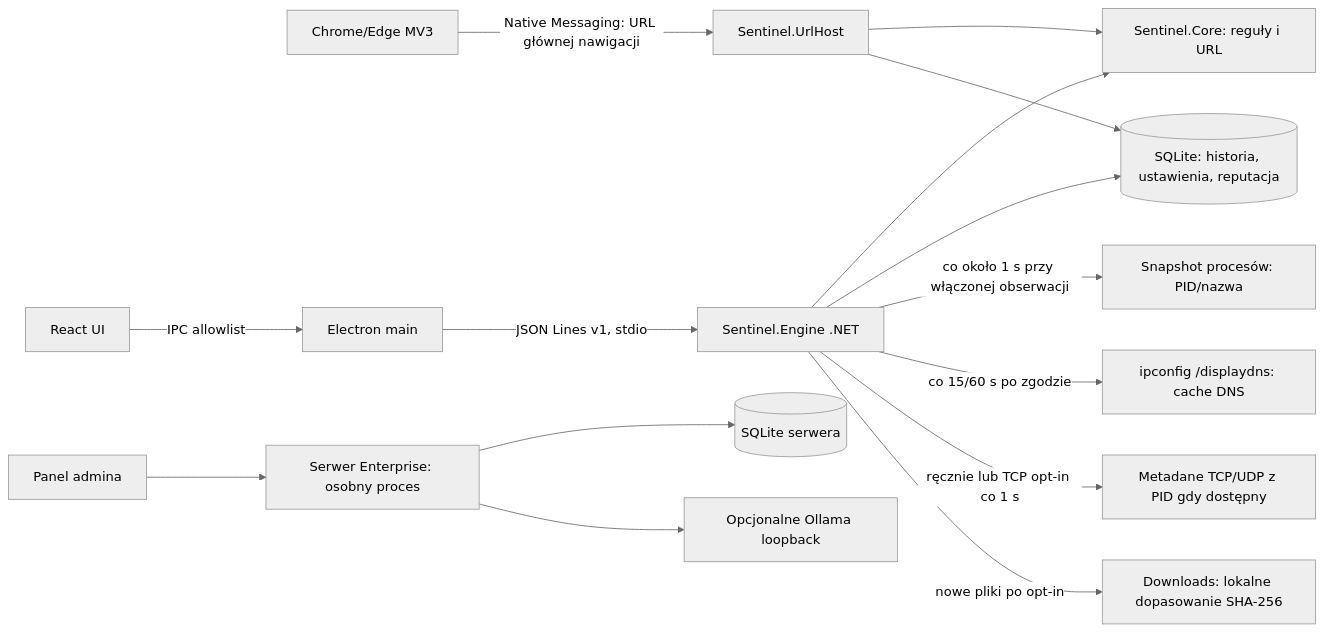
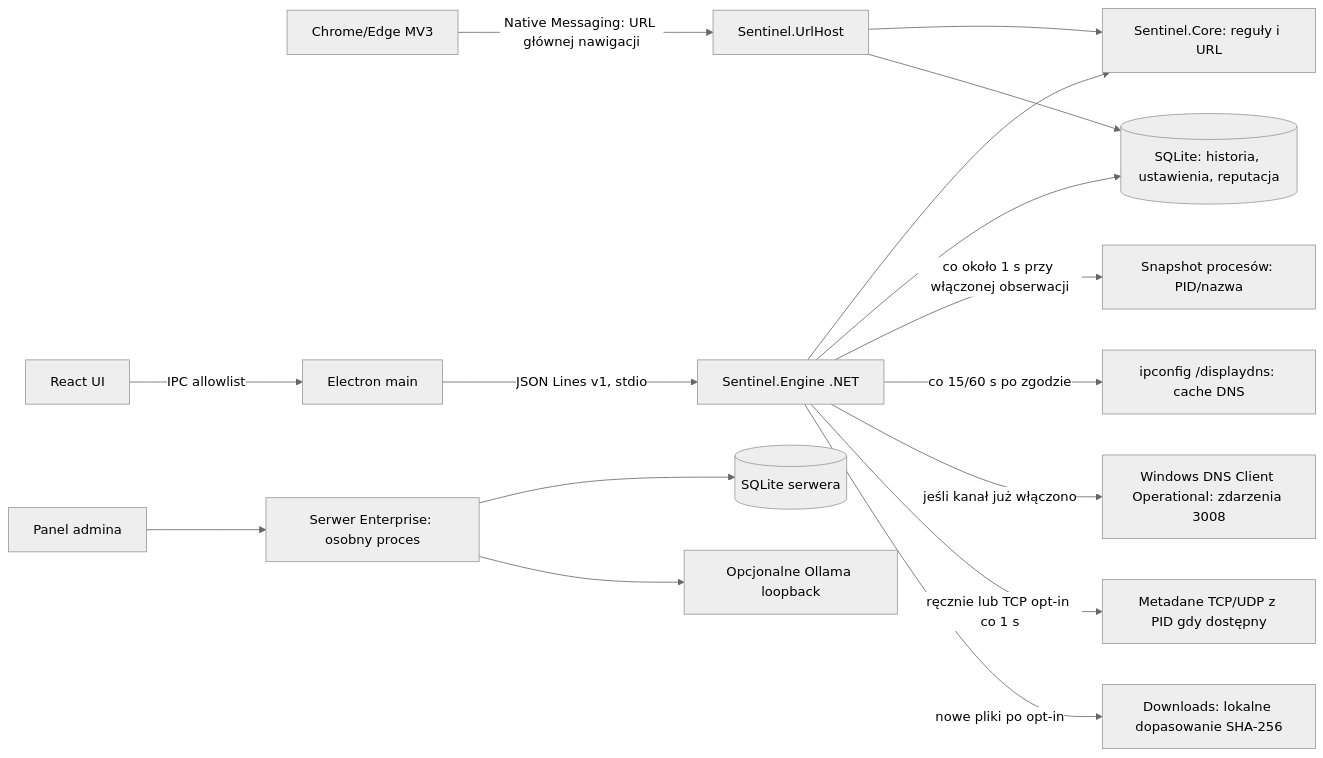
One commit to Matyyyy68/asystent changed the diagram in docs/IMPLEMENTATION_GAP_ANALYSIS.md. Above: the diagram before and after it, drawn with Mermaid (neutral theme). The commit also changed other lines of this file and 10 other files, not shown here.

Commit message:
fix: route DNS operational detections to notifications

````diff
--- a/docs/IMPLEMENTATION_GAP_ANALYSIS.md
+++ b/docs/IMPLEMENTATION_GAP_ANALYSIS.md
@@ -23,17 +23,18 @@
 ```mermaid
 flowchart LR
   B[Chrome/Edge MV3] -->|Native Messaging: URL głównej nawigacji| H[Sentinel.UrlHost]
   UI[React UI] -->|IPC allowlist| E[Electron main]
   E -->|JSON Lines v1, stdio| P[Sentinel.Engine .NET]
   P --> C[Sentinel.Core: reguły i URL]
   P --> DB[(SQLite: historia, ustawienia, reputacja)]
   P -->|co około 1 s przy włączonej obserwacji| PROC[Snapshot procesów: PID/nazwa]
   P -->|co 15/60 s po zgodzie| DNS[ipconfig /displaydns: cache DNS]
+  P -->|jeśli kanał już włączono| DOP[Windows DNS Client Operational: zdarzenia 3008]
   P -->|ręcznie lub TCP opt-in co 1 s| TCP[Metadane TCP/UDP z PID gdy dostępny]
   P -->|nowe pliki po opt-in| FILE[Downloads: lokalne dopasowanie SHA-256]
   H --> C
   H --> DB
   SUI[Panel admina] --> API[Serwer Enterprise: osobny proces]
   API --> SDB[(SQLite serwera)]
   API --> AI[Opcjonalne Ollama loopback]
 ```
````
